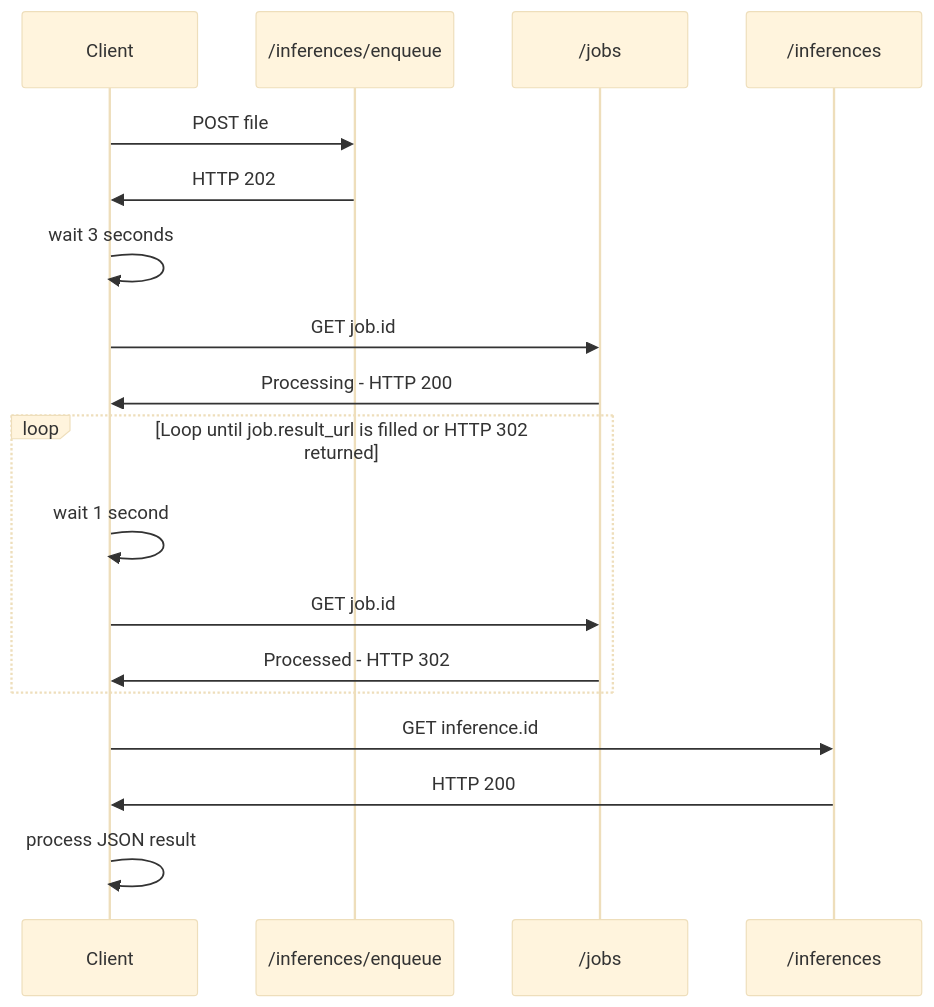
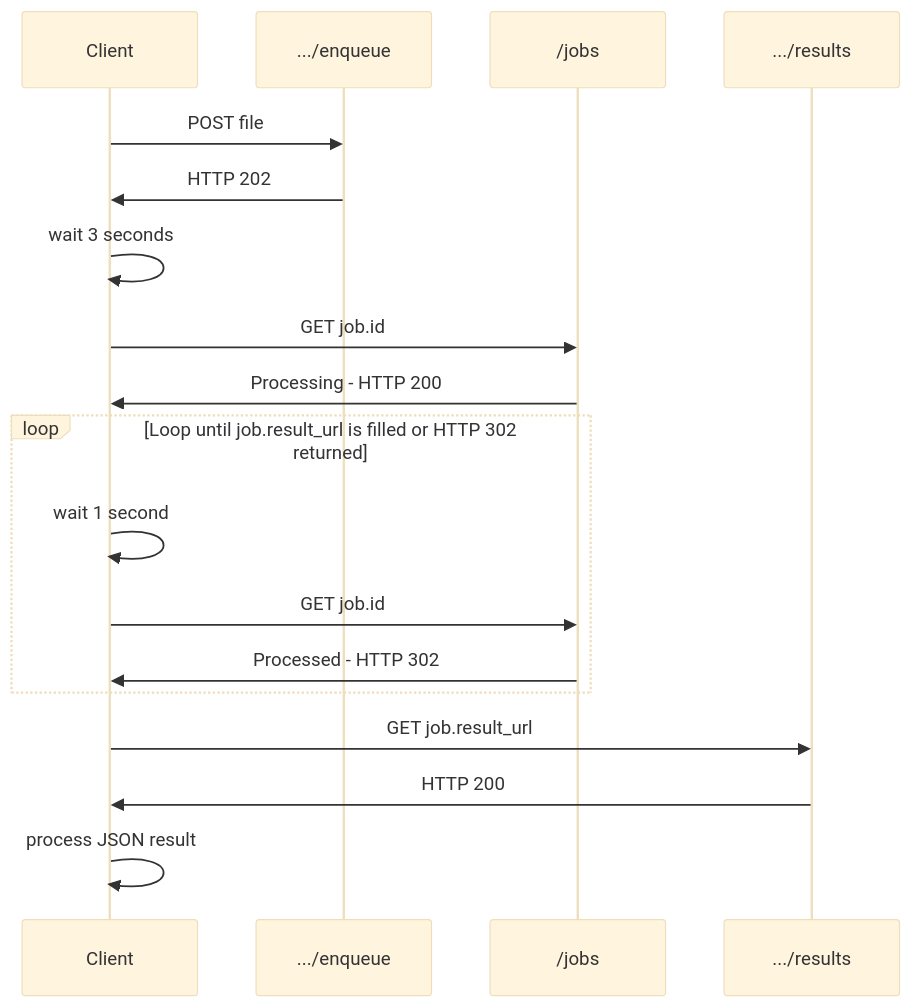
The diagram in integrations/polling-for-results.md (mindee/platform-docs), drawn with Mermaid (base theme) before and after one commit. The commit also changed other lines of this file and 1 other file, not shown here.

Commit message:
GITBOOK-751: No subject

````diff
--- a/integrations/polling-for-results.md
+++ b/integrations/polling-for-results.md
@@ -20,20 +20,20 @@
 ```mermaid
 sequenceDiagram
     participant client as Client
-    participant enqueue as /inferences/enqueue
+    participant enqueue as .../enqueue
     participant job as /jobs
-    participant inference as /inferences
+    participant results as .../results
     client->>enqueue: POST file
     enqueue->>client: HTTP 202
     client->>client: wait 3 seconds
     client->>job: GET job.id
     job->>client: Processing - HTTP 200
     loop Loop until job.result_url is filled or HTTP 302 returned
       client->>client: wait 1 second
       client->>job: GET job.id
       job->>client: Processed - HTTP 302
     end
-    client->>inference: GET inference.id
-    inference->>client: HTTP 200
+    client->>results: GET job.result_url
+    results->>client: HTTP 200
     client->>client: process JSON result
 ```
````
